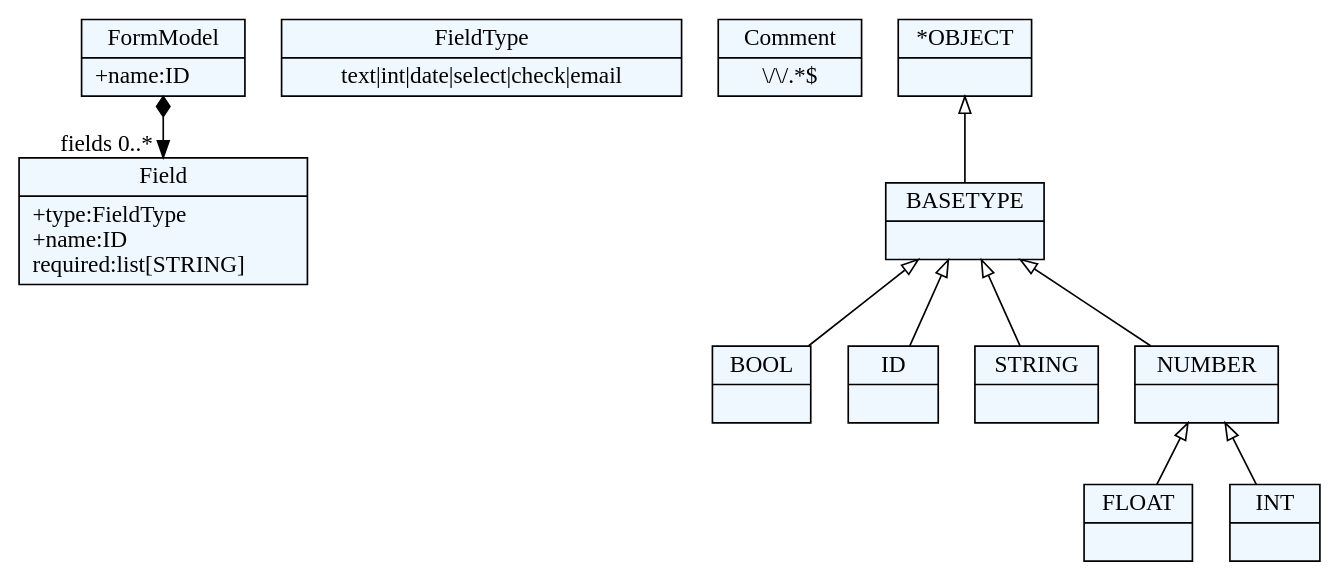
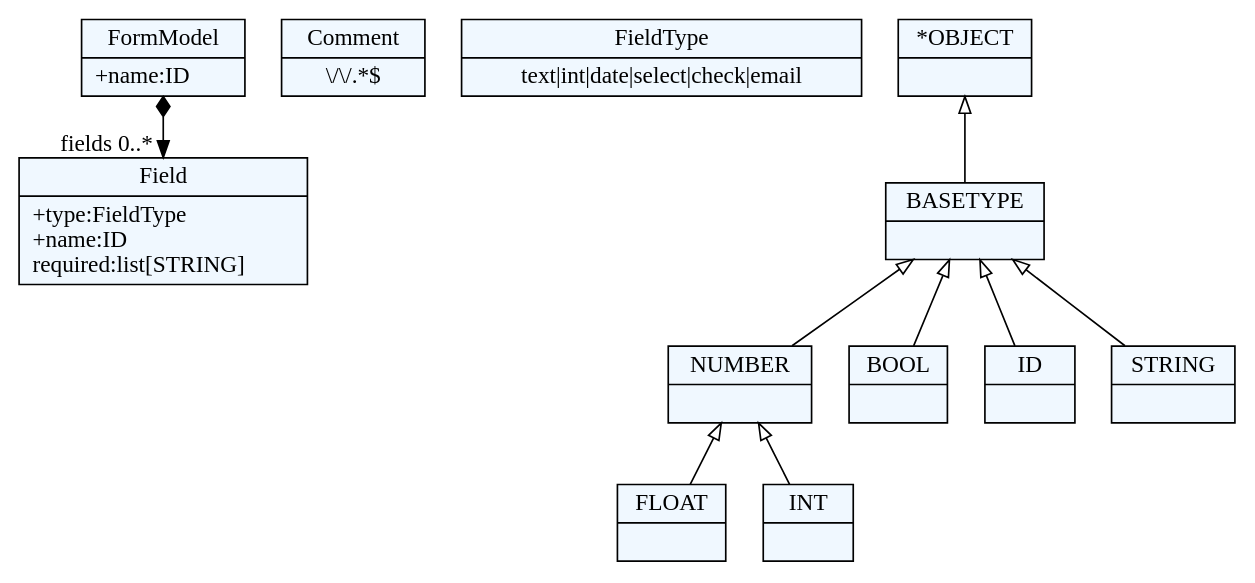
One commit to Aniz/formDSL changed the diagram in srcgen/dot/form_meta.dot. Above: the diagram before and after it, drawn with Graphviz. The commit also changed 7 other files, not shown here.

```diff
--- a/srcgen/dot/form_meta.dot
+++ b/srcgen/dot/form_meta.dot
@@ -1,47 +1,47 @@
 
     digraph xtext {
     fontname = "Bitstream Vera Sans"
     fontsize = 8
     node[
         shape=record,
         style=filled,
         fillcolor=aliceblue
     ]
     nodesep = 0.3
     edge[dir=black,arrowtail=empty]
 
 
-94372935124792 -> 94372935126776[arrowtail=diamond, dir=both, headlabel="fields 0..*"]
-94372935124792[ label="{FormModel|+name:ID\l}"]
+93984136766824 -> 93984136768808[arrowtail=diamond, dir=both, headlabel="fields 0..*"]
+93984136766824[ label="{FormModel|+name:ID\l}"]
 
-94372935128760[ label="{FieldType|text\|int\|date\|select\|check\|email}"]
+93984136774504[ label="{Comment|\\/\\/.*$}"]
 
-94372935126776[ label="{Field|+type:FieldType\l+name:ID\lrequired:list[STRING]\l}"]
+93984136768808[ label="{Field|+type:FieldType\l+name:ID\lrequired:list[STRING]\l}"]
 
-94372935133576[ label="{Comment|\\/\\/.*$}"]
+93984136770792[ label="{FieldType|text\|int\|date\|select\|check\|email}"]
 
-94372934915208[ label="{FLOAT|}"]
+93984136562792[ label="{BASETYPE|}"]
+93984136562792 -> 93984136559272 [dir=back]
+93984136562792 -> 93984136550296 [dir=back]
+93984136562792 -> 93984136544264 [dir=back]
+93984136562792 -> 93984136547400 [dir=back]
 
-94372934909416[ label="{BOOL|}"]
+93984136544264[ label="{ID|}"]
 
-94372934924280[ label="{*OBJECT|}"]
-94372934924280 -> 94372934921384 [dir=back]
+93984136556232[ label="{FLOAT|}"]
 
-94372934912312[ label="{INT|}"]
+93984136550296[ label="{BOOL|}"]
 
-94372934905016[ label="{ID|}"]
+93984136559272[ label="{NUMBER|}"]
+93984136559272 -> 93984136556232 [dir=back]
+93984136559272 -> 93984136553192 [dir=back]
 
-94372934907000[ label="{STRING|}"]
+93984136547400[ label="{STRING|}"]
 
-94372934921384[ label="{BASETYPE|}"]
-94372934921384 -> 94372934918104 [dir=back]
-94372934921384 -> 94372934909416 [dir=back]
-94372934921384 -> 94372934905016 [dir=back]
-94372934921384 -> 94372934907000 [dir=back]
+93984136553192[ label="{INT|}"]
 
-94372934918104[ label="{NUMBER|}"]
-94372934918104 -> 94372934915208 [dir=back]
-94372934918104 -> 94372934912312 [dir=back]
+93984136565832[ label="{*OBJECT|}"]
+93984136565832 -> 93984136562792 [dir=back]
 
 
 }
```
